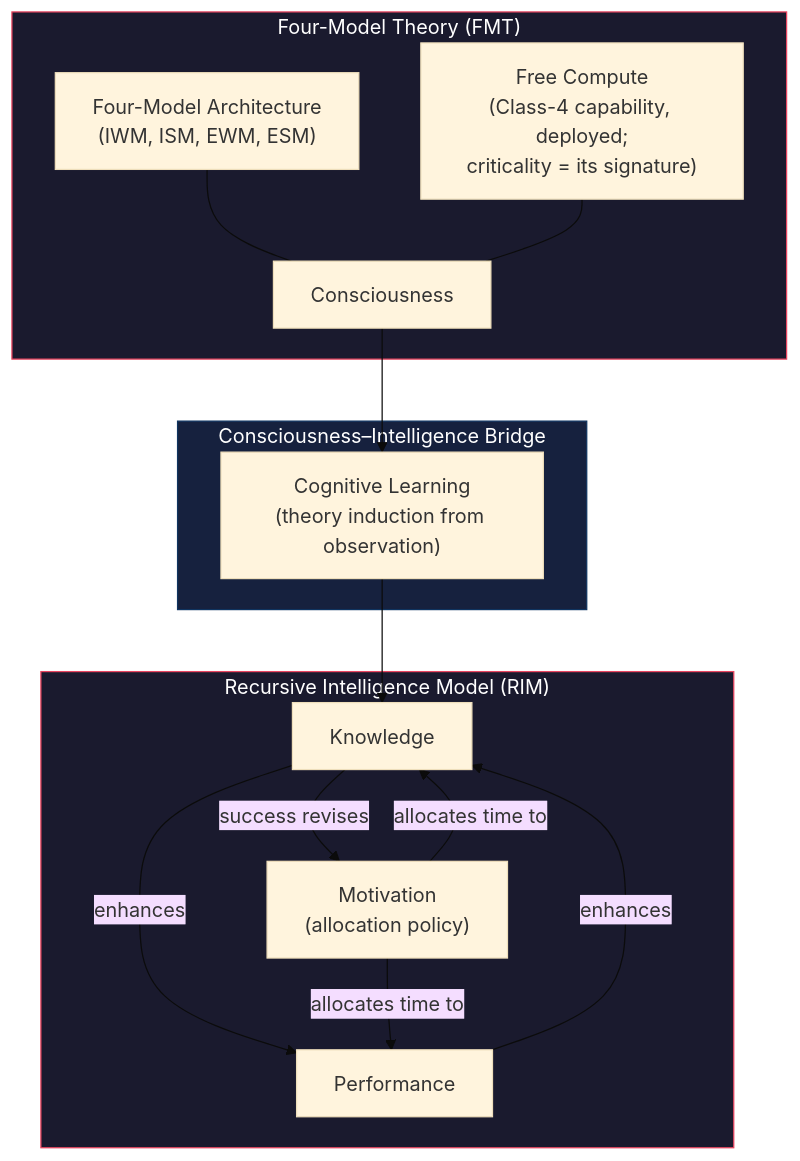
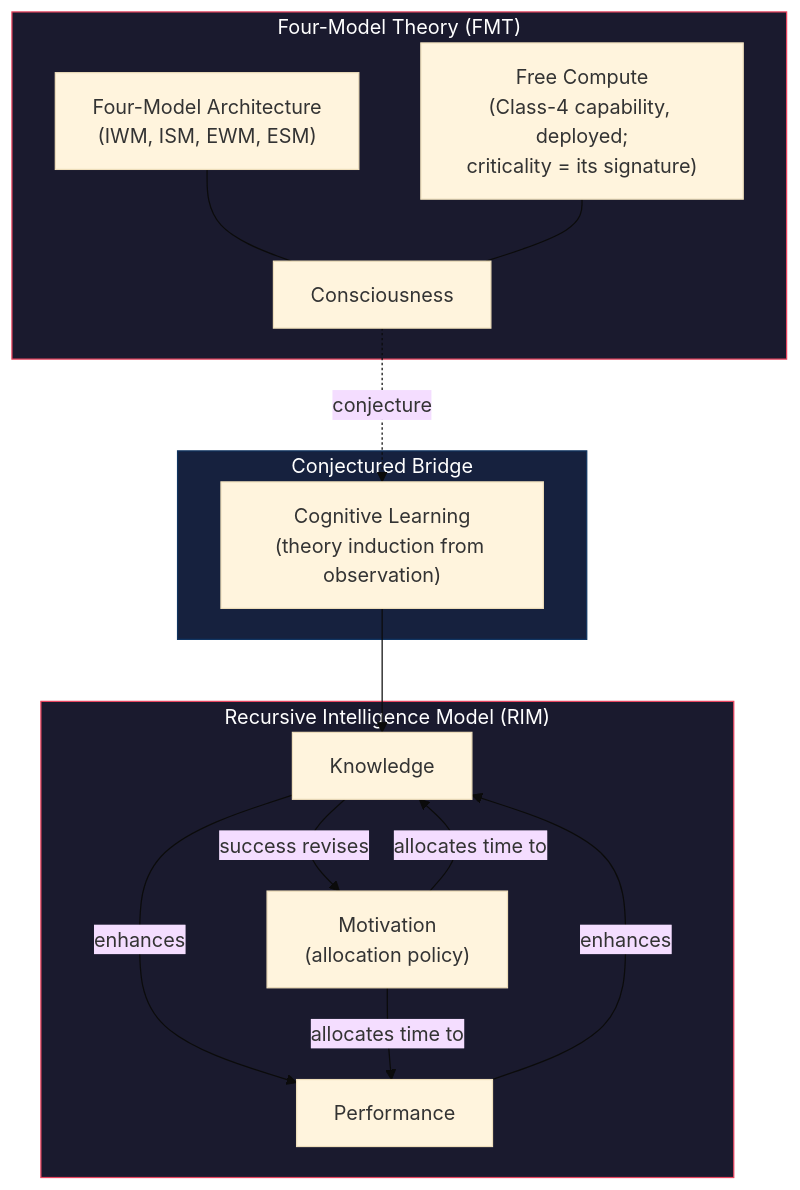
The diagram in wiki/foundations/overview.md (JeltzProstetnic/aIware), drawn with Mermaid (base theme) before and after one commit. The commit also changed other lines of this file and 26 other files, not shown here.

````diff
--- a/wiki/foundations/overview.md
+++ b/wiki/foundations/overview.md
@@ -37,26 +39,26 @@
 ```mermaid
 graph TB
     subgraph FMT["Four-Model Theory (FMT)"]
         A["Four-Model Architecture<br/>(IWM, ISM, EWM, ESM)"]
         B["Free Compute<br/>(Class-4 capability, deployed;<br/>criticality = its signature)"]
         A --- C["Consciousness"]
         B --- C
     end
 
-    subgraph Bridge["Consciousness–Intelligence Bridge"]
-        C --> D["Cognitive Learning<br/>(theory induction from observation)"]
+    subgraph Bridge["Conjectured Bridge"]
+        C -.->|"conjecture"| D["Cognitive Learning<br/>(theory induction from observation)"]
     end
 
     subgraph RIM["Recursive Intelligence Model (RIM)"]
         D --> E["Knowledge"]
         E -->|"enhances"| F["Performance"]
         F -->|"enhances"| E
         G["Motivation<br/>(allocation policy)"] -->|"allocates time to"| E
         G -->|"allocates time to"| F
         E -->|"success revises"| G
     end
 
     style FMT fill:#1a1a2e,stroke:#e94560,color:#fff
     style Bridge fill:#16213e,stroke:#0f3460,color:#fff
     style RIM fill:#1a1a2e,stroke:#e94560,color:#fff
 ```
````
